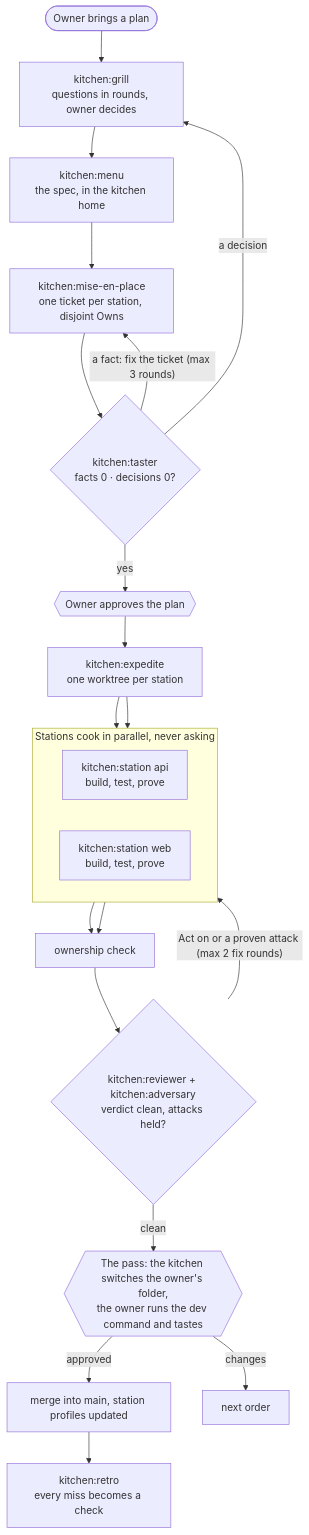
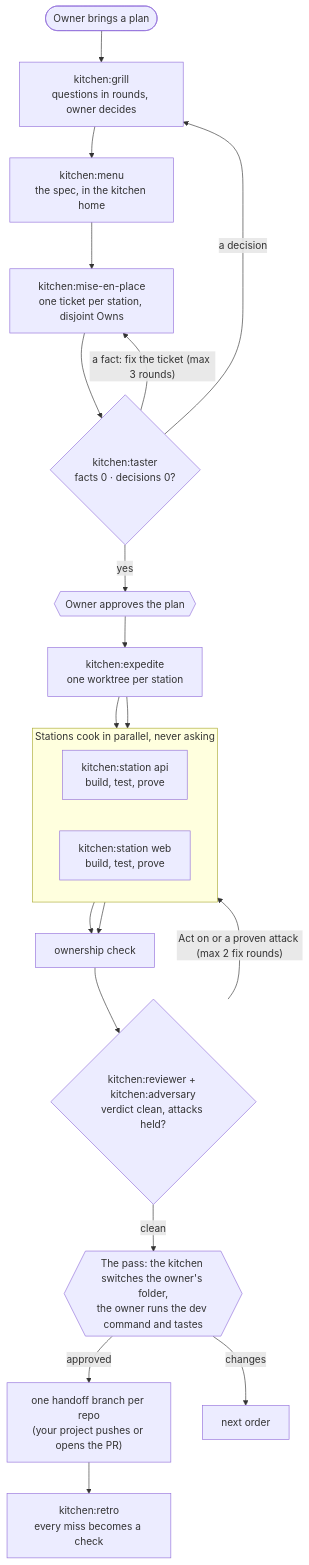
Before and after one commit to iagormoraes/kitchen-agents: the diagram in README.md, drawn with Mermaid. The commit also changed other lines of this file and 47 other files, not shown here.

````diff
--- a/README.md
+++ b/README.md
@@ -13,24 +13,24 @@
 ```mermaid
 flowchart TD
     PLAN(["Owner brings a plan"]) --> GRILL["kitchen:grill<br/>questions in rounds, owner decides"]
     GRILL --> MENU["kitchen:menu<br/>the spec, in the kitchen home"]
     MENU --> MISE["kitchen:mise-en-place<br/>one ticket per station, disjoint Owns"]
     MISE --> TASTER{"kitchen:taster<br/>facts 0 · decisions 0?"}
     TASTER -- "a fact: fix the ticket (max 3 rounds)" --> MISE
     TASTER -- "a decision" --> GRILL
     TASTER -- "yes" --> APPROVE{{"Owner approves the plan"}}
     APPROVE --> EXPEDITE["kitchen:expedite<br/>one worktree per station"]
     subgraph COOK ["Stations cook in parallel, never asking"]
         direction LR
         S1["kitchen:station api<br/>build, test, prove"]
         S2["kitchen:station web<br/>build, test, prove"]
     end
     EXPEDITE --> S1 & S2
     S1 & S2 --> OWN["ownership check"]
     OWN --> REVIEW{"kitchen:reviewer + kitchen:adversary<br/>verdict clean, attacks held?"}
     REVIEW -- "Act on or a proven attack (max 2 fix rounds)" --> COOK
     REVIEW -- "clean" --> PASS{{"The pass: the kitchen switches the owner's folder,<br/>the owner runs the dev command and tastes"}}
-    PASS -- "approved" --> OUT["merge into main, station profiles updated"]
+    PASS -- "approved" --> OUT["one handoff branch per repo<br/>(your project pushes or opens the PR)"]
     PASS -- "changes" --> NEXT["next order"]
     OUT --> RETRO["kitchen:retro<br/>every miss becomes a check"]
 ```
````
